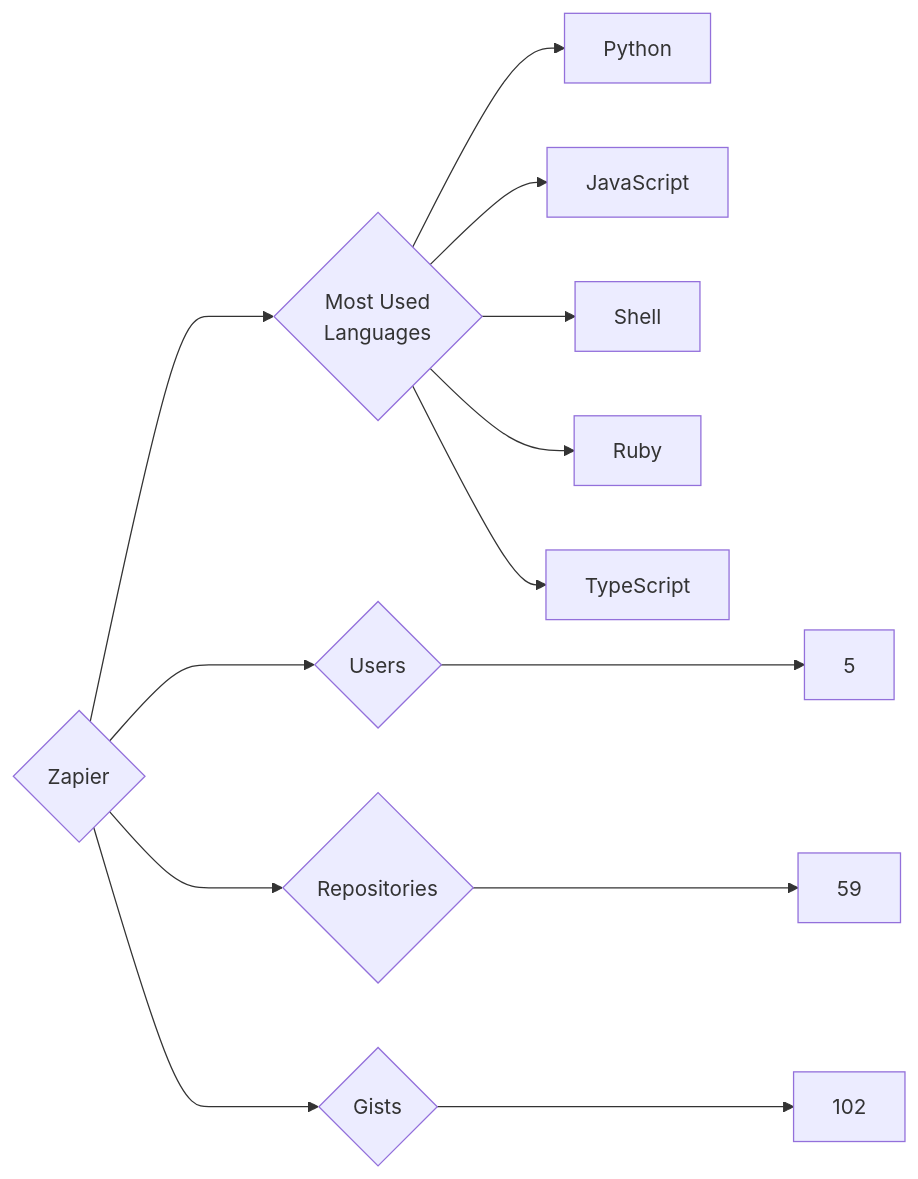
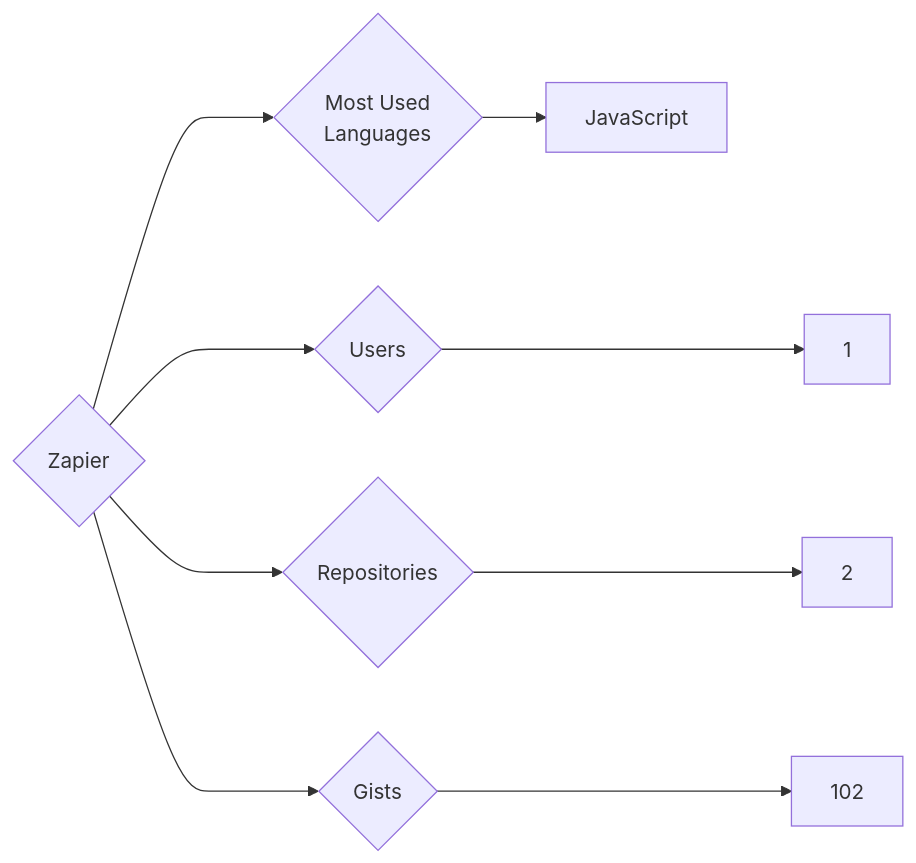
One commit to trickest/insiders changed the diagram in targets/Zapier/README.md. Above: the diagram before and after it, drawn with Mermaid. The commit also changed 597 other files, not shown here.

````diff
--- a/targets/Zapier/README.md
+++ b/targets/Zapier/README.md
@@ -3,13 +3,9 @@
 ```mermaid
 graph LR
 COMPANY_NAME{Zapier}
-COMPANY_NAME ---> U{Users} ---> UN[5]
-COMPANY_NAME ---> R{Repositories} ---> RN[59]
+COMPANY_NAME ---> U{Users} ---> UN[1]
+COMPANY_NAME ---> R{Repositories} ---> RN[2]
 COMPANY_NAME ---> G{Gists} ---> GN[102]
 COMPANY_NAME ---> ML{Most Used<br>Languages}
-ML --> Python[Python]
 ML --> JavaScript[JavaScript]
-ML --> Shell[Shell]
-ML --> Ruby[Ruby]
-ML --> TypeScript[TypeScript]
 ```
````
